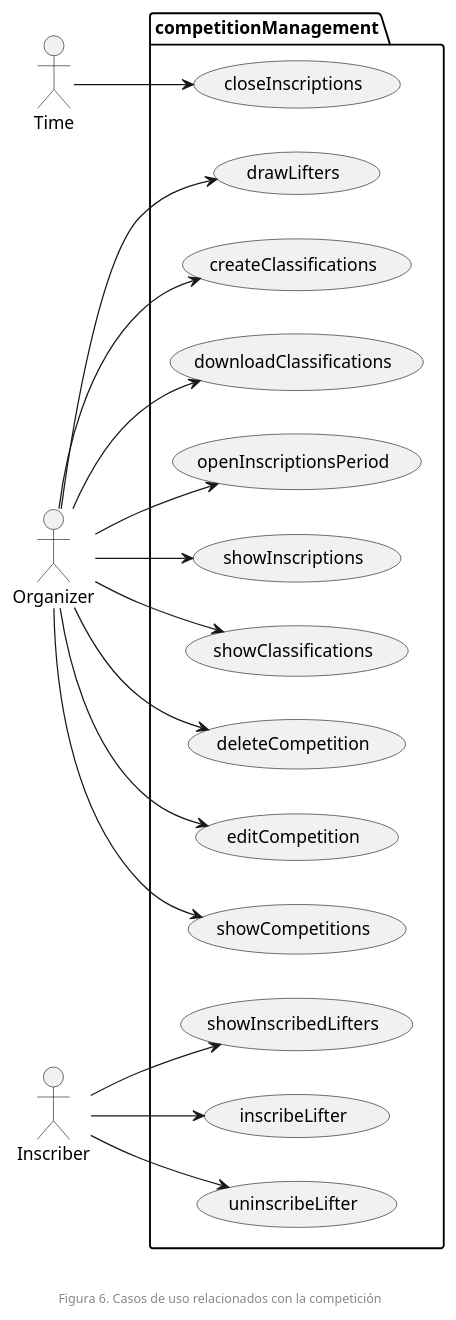
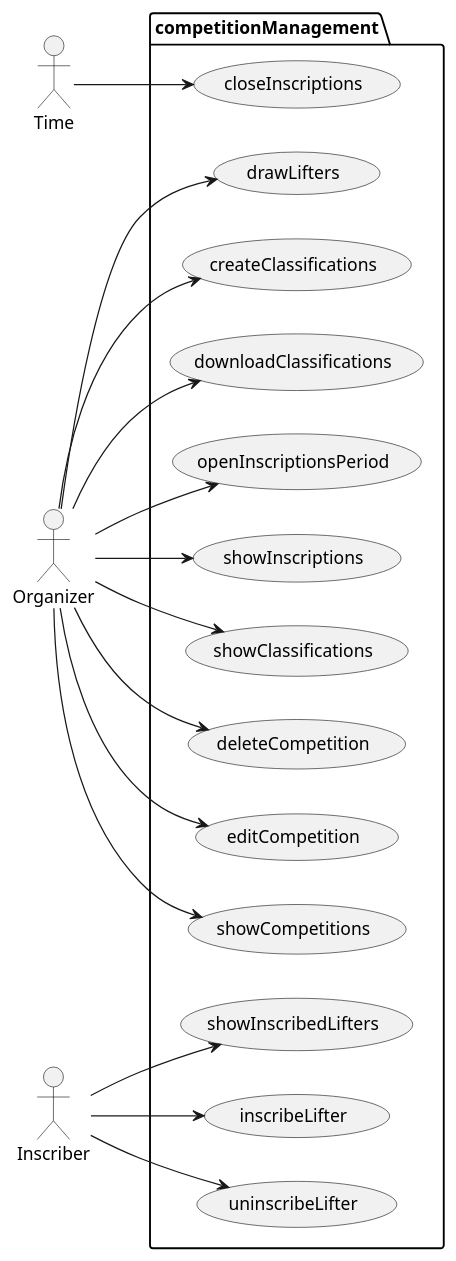
Before and after one commit to zuldare/mastercloud_pfm_halterocms: the diagram in documentation/diagrams/1_requirements/1_usecases/competitionBureaucracy.puml, drawn with PlantUML. The commit also changed 13 other files, not shown here.

Commit message:
Update diagrams

```diff
--- a/documentation/diagrams/1_requirements/1_usecases/competitionBureaucracy.puml
+++ b/documentation/diagrams/1_requirements/1_usecases/competitionBureaucracy.puml
@@ -1,39 +1,38 @@
 @startuml
 left to right direction
 
 package competitionManagement {
  usecase openInscriptionsPeriod
  usecase showInscriptions
  usecase closeInscriptions
 
  usecase deleteCompetition
  usecase editCompetition
  usecase showCompetitions
 
  usecase drawLifters
  usecase inscribeLifter
  usecase uninscribeLifter
  usecase showInscribedLifters
 
  usecase createClassifications
  usecase downloadClassifications
  usecase showClassifications
 }
 
 Time --> closeInscriptions
 Organizer --> openInscriptionsPeriod
 Organizer --> showInscriptions
 Organizer --> drawLifters
 Organizer --> deleteCompetition
 Organizer --> editCompetition
 Organizer --> showCompetitions
 Organizer --> createClassifications
 Organizer --> showClassifications
 Organizer --> downloadClassifications
 
 Inscriber --> inscribeLifter
 Inscriber --> uninscribeLifter
 Inscriber --> showInscribedLifters
 
-footer \n\nFigura 6. Casos de uso relacionados con la competición
 @enduml
```
